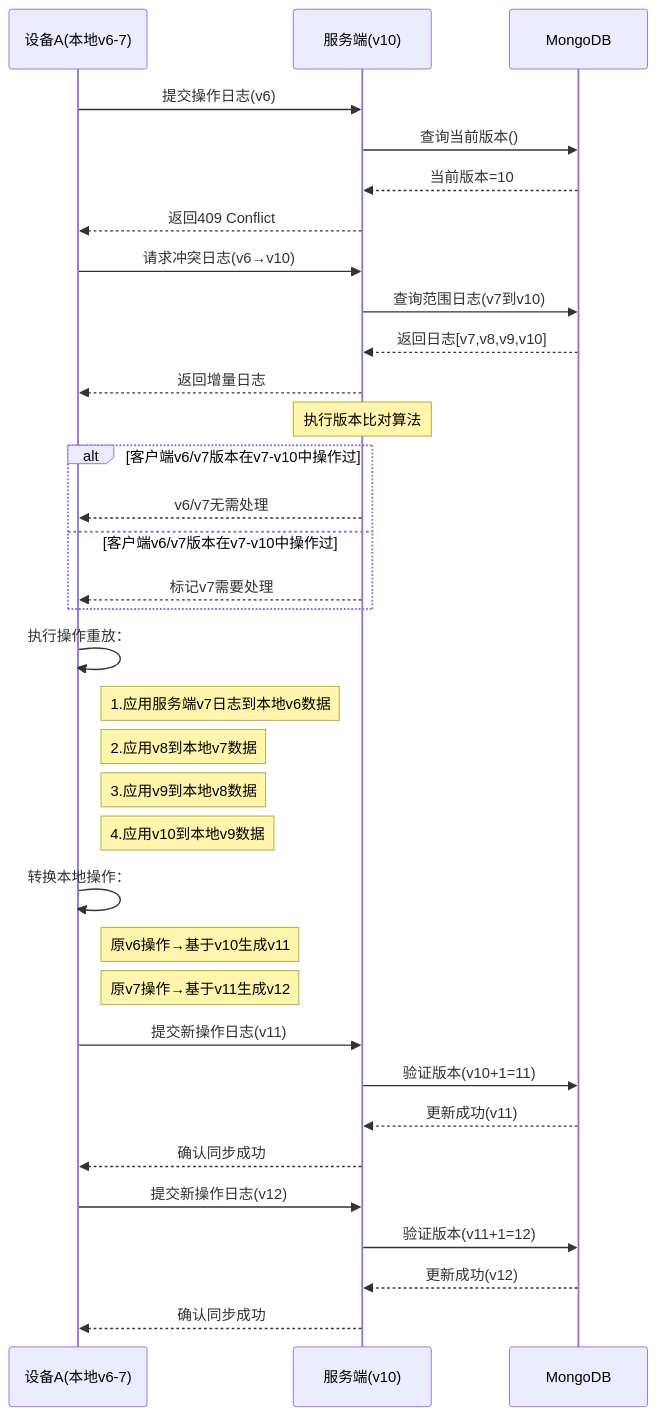
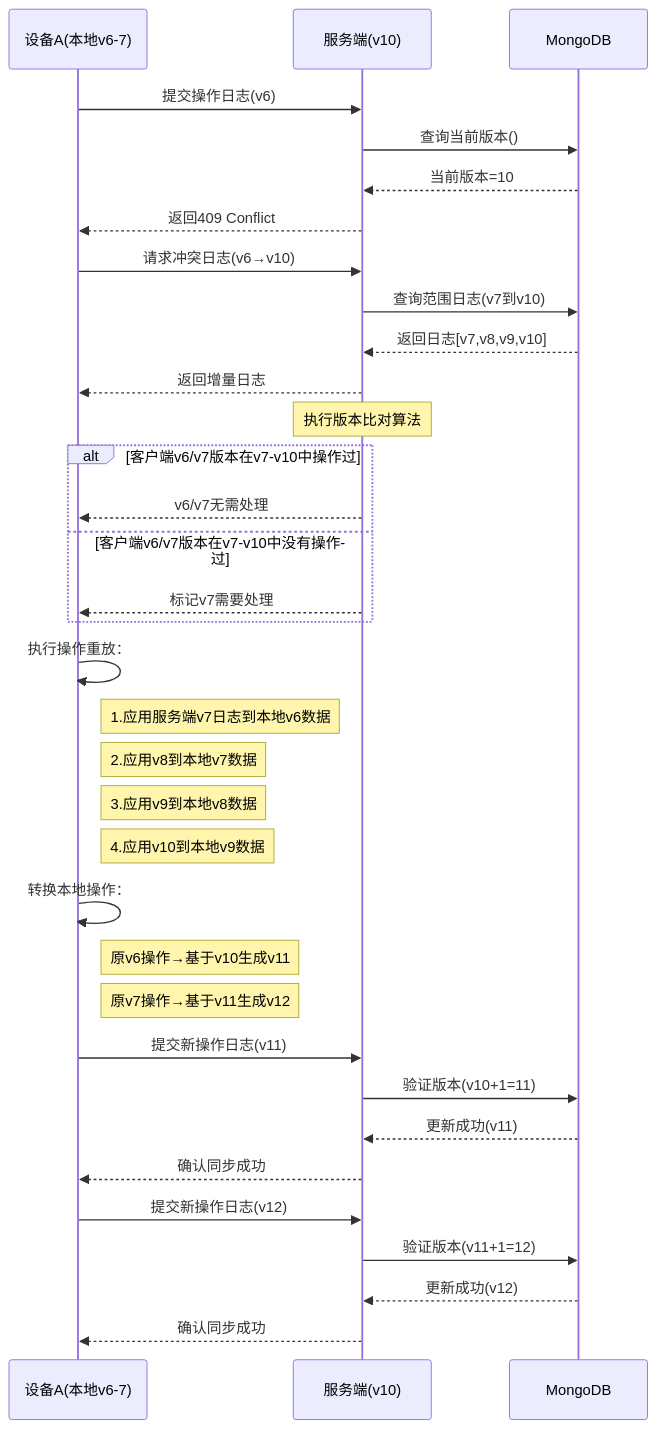
One commit to yingjianzh/iodraw-files changed the diagram in all/未命名-26.md. Above: the diagram before and after it, drawn with Mermaid.

Commit message:
2025-02-26 16:50:05 update

````diff
--- a/all/未命名-26.md
+++ b/all/未命名-26.md
@@ -1,49 +1,49 @@
 ```mermaid
 sequenceDiagram
     participant A as 设备A(本地v6-7)
     participant S as 服务端(v10)
     participant DB as MongoDB
 
     %% 初始同步尝试
     A->>S: 提交操作日志(v6)
     S->>DB: 查询当前版本()
     DB-->>S: 当前版本=10
     S-->>A: 返回409 Conflict
 
     %% 冲突解决阶段
     A->>S: 请求冲突日志(v6→v10)
     S->>DB: 查询范围日志(v7到v10)
     DB-->>S: 返回日志[v7,v8,v9,v10]
     S-->>A: 返回增量日志
 
 
     Note over S: 执行版本比对算法
     alt 客户端v6/v7版本在v7-v10中操作过
         S-->>A: v6/v7无需处理
-    else 客户端v6/v7版本在v7-v10中操作过
+    else 客户端v6/v7版本在v7-v10中没有操作过
         S-->>A: 标记v7需要处理
     end
 
     %% 本地数据重建
     A->>A: 执行操作重放：
     note right of A: 1.应用服务端v7日志到本地v6数据
     note right of A: 2.应用v8到本地v7数据
     note right of A: 3.应用v9到本地v8数据
     note right of A: 4.应用v10到本地v9数据
 
     %% 本地操作转换
     A->>A: 转换本地操作：
     note right of A: 原v6操作→基于v10生成v11
     note right of A: 原v7操作→基于v11生成v12
 
     %% 重新提交
     A->>S: 提交新操作日志(v11)
     S->>DB: 验证版本(v10+1=11)
     DB-->>S: 更新成功(v11)
     S-->>A: 确认同步成功
 
     A->>S: 提交新操作日志(v12)
     S->>DB: 验证版本(v11+1=12)
     DB-->>S: 更新成功(v12)
     S-->>A: 确认同步成功
 ```
````
